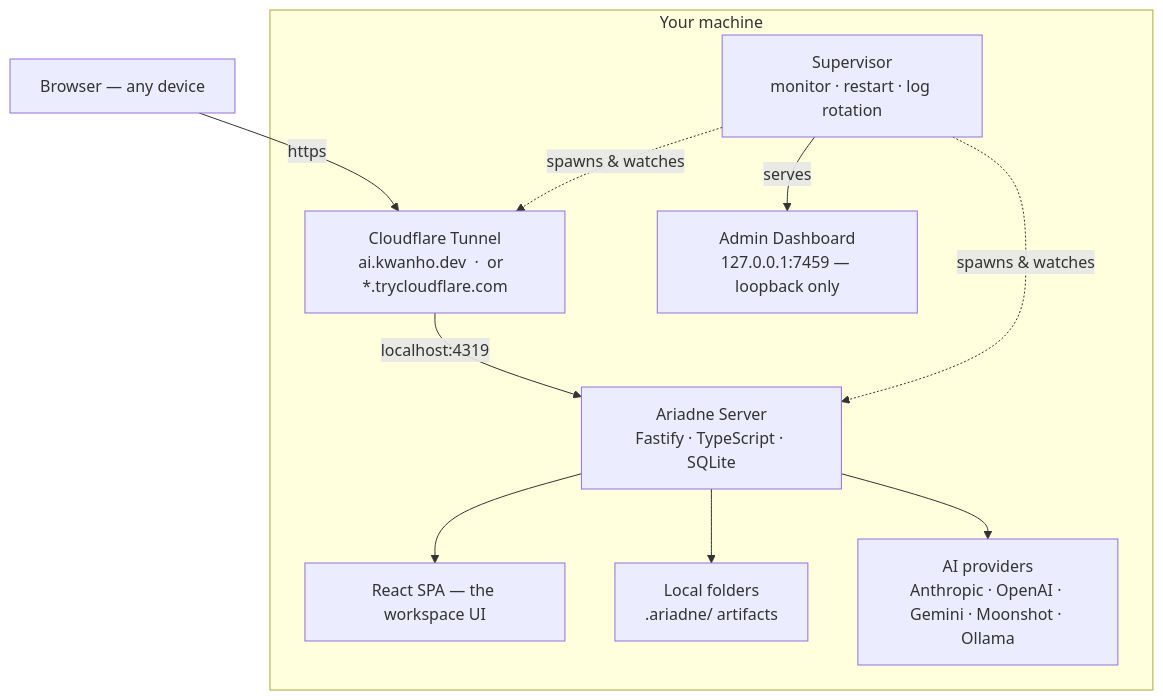
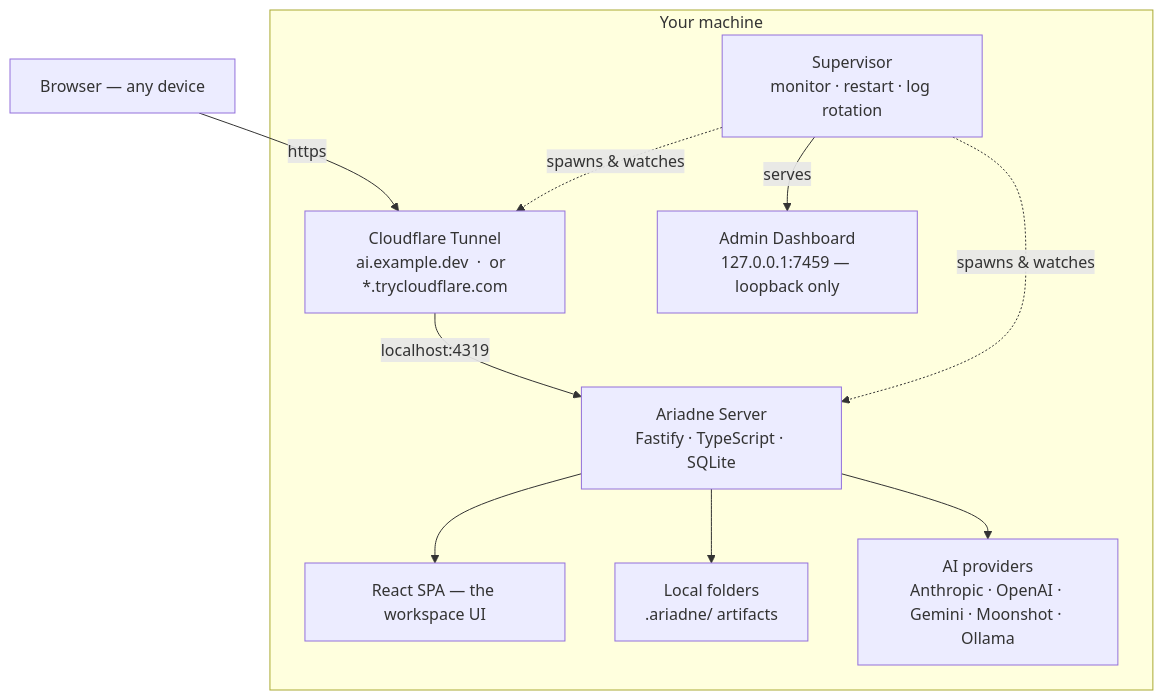
Before and after one commit to KKWANH/ai-assistant: the diagram in README.md, drawn with Mermaid. The commit also changed other lines of this file and 5 other files, not shown here.

First line of the commit message:
docs: English-first README, SVG diagrams, screenshot plan, promotion playbook

````diff
--- a/README.md
+++ b/README.md
@@ -81,16 +102,16 @@
 ```mermaid
 flowchart TB
     B["Browser — any device"]
-    B -->|https| CF["Cloudflare Tunnel\nai.kwanho.dev  ·  or  *.trycloudflare.com"]
+    B -->|https| CF["Cloudflare Tunnel\nai.example.dev  ·  or  *.trycloudflare.com"]
 
     subgraph mac["Your machine"]
         CF -->|localhost:4319| SRV["Ariadne Server\nFastify · TypeScript · SQLite"]
         SUP["Supervisor\nmonitor · restart · log rotation"]
         SUP -.spawns & watches.-> SRV
         SUP -.spawns & watches.-> CF
         SUP -->|serves| ADM["Admin Dashboard\n127.0.0.1:7459 — loopback only"]
         SRV --> WEB["React SPA — the workspace UI"]
         SRV --> AR["Local folders\n.ariadne/ artifacts"]
         SRV --> AI["AI providers\nAnthropic · OpenAI · Gemini · Moonshot · Ollama"]
     end
 ```
````
